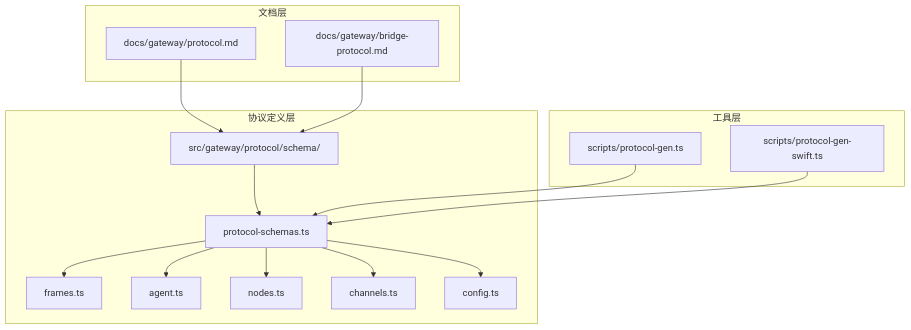
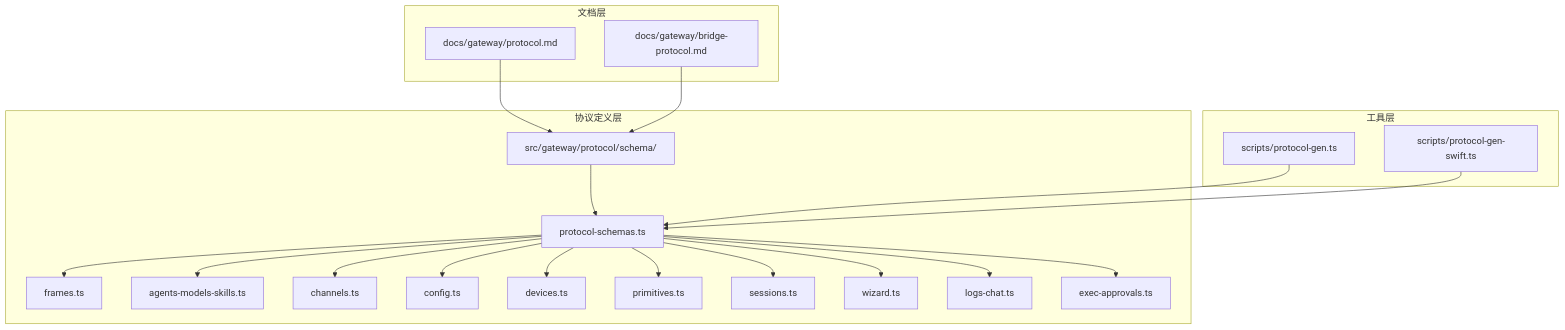
One commit to verse-ai-org/openclaw changed the first of 16 diagrams in .qoder/repowiki/zh/content/项目概述/技术架构概览/网关协议设计/网关协议增强.md. Above: the diagram before and after it, drawn with Mermaid. The commit also changed other lines of this file and 11 other files, not shown here.

````diff
--- a/.qoder/repowiki/zh/content/项目概述/技术架构概览/网关协议设计/网关协议增强.md
+++ b/.qoder/repowiki/zh/content/项目概述/技术架构概览/网关协议设计/网关协议增强.md
@@ -38,30 +53,40 @@
 ```mermaid
 graph TB
 subgraph "文档层"
 A[docs/gateway/protocol.md]
 B[docs/gateway/bridge-protocol.md]
 end
 subgraph "协议定义层"
 C[src/gateway/protocol/schema/]
 D[protocol-schemas.ts]
 E[frames.ts]
-F[agent.ts]
-G[nodes.ts]
-H[channels.ts]
-I[config.ts]
+F[agents-models-skills.ts]
+G[channels.ts]
+H[config.ts]
+I[devices.ts]
+J[primitives.ts]
+K[sessions.ts]
+L[wizard.ts]
+M[logs-chat.ts]
+N[exec-approvals.ts]
 end
 subgraph "工具层"
-J[scripts/protocol-gen.ts]
-K[scripts/protocol-gen-swift.ts]
+O[scripts/protocol-gen.ts]
+P[scripts/protocol-gen-swift.ts]
 end
 A --> C
 B --> C
 C --> D
 D --> E
 D --> F
 D --> G
 D --> H
 D --> I
-J --> D
-K --> D
+D --> J
+D --> K
+D --> L
+D --> M
+D --> N
+O --> D
+P --> D
 ```
````
